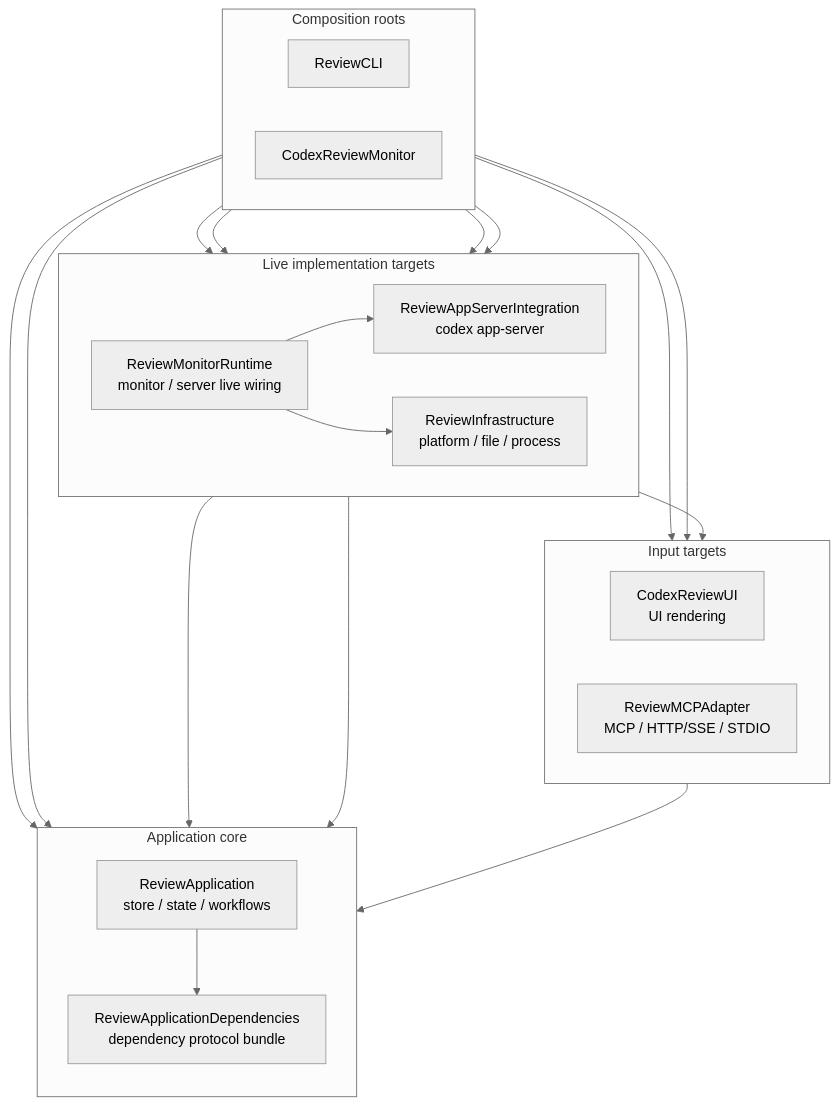
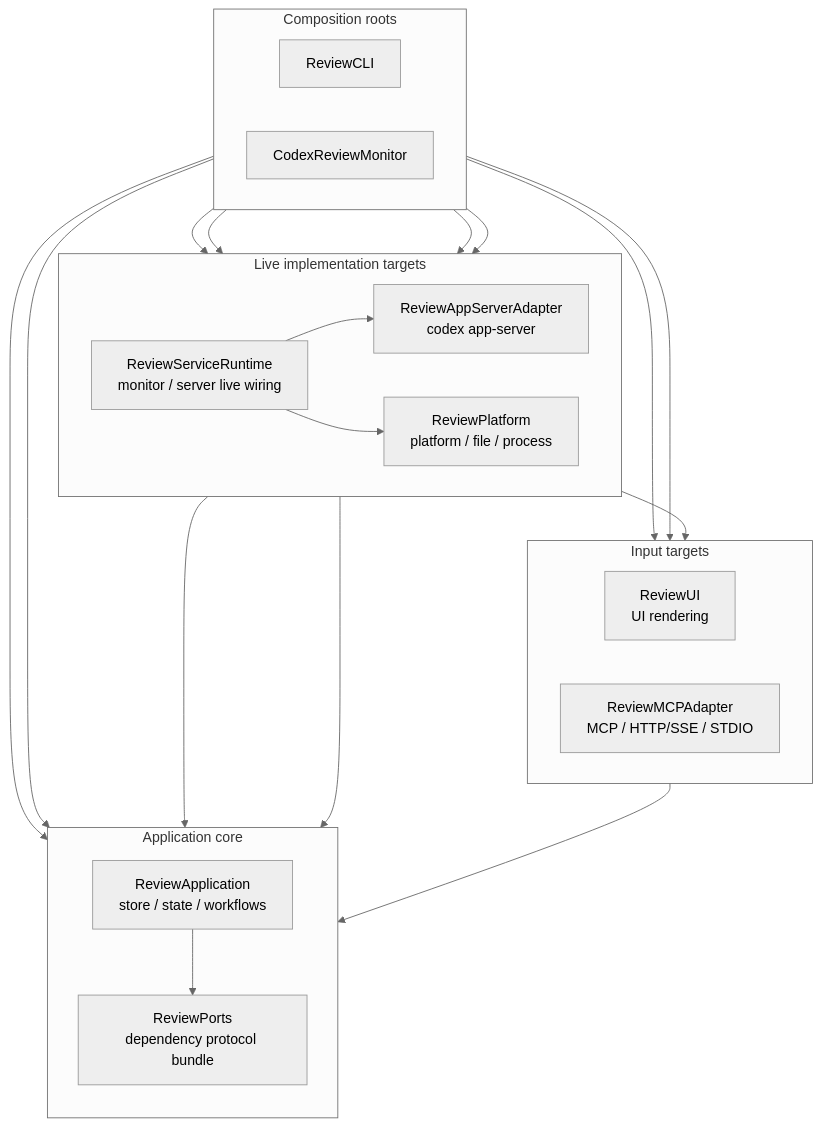
One commit to lynnswap/CodexReviewMCP changed the fifth of 8 diagrams in Docs/architecture-overview.md. Above: the diagram before and after it, drawn with Mermaid (neutral theme). The commit also changed other lines of this file and 127 other files, not shown here.

Commit message:
refactor(targets): rename architecture targets

````diff
--- a/Docs/architecture-overview.md
+++ b/Docs/architecture-overview.md
@@ -210,46 +210,46 @@
 ```mermaid
 flowchart TB
     subgraph Inputs["Input targets"]
         direction LR
-        CodexReviewUI["CodexReviewUI<br/>UI rendering"]
+        ReviewUI["ReviewUI<br/>UI rendering"]
         ReviewMCPAdapter["ReviewMCPAdapter<br/>MCP / HTTP/SSE / STDIO"]
     end
 
     subgraph AppCore["Application core"]
         direction TB
         ReviewApplication["ReviewApplication<br/>store / state / workflows"]
-        ReviewApplicationDependencies["ReviewApplicationDependencies<br/>dependency protocol bundle"]
-        ReviewApplication --> ReviewApplicationDependencies
+        ReviewPorts["ReviewPorts<br/>dependency protocol bundle"]
+        ReviewApplication --> ReviewPorts
     end
 
     subgraph Live["Live implementation targets"]
         direction LR
-        ReviewAppServerIntegration["ReviewAppServerIntegration<br/>codex app-server"]
-        ReviewInfrastructure["ReviewInfrastructure<br/>platform / file / process"]
-        ReviewMonitorRuntime["ReviewMonitorRuntime<br/>monitor / server live wiring"]
+        ReviewAppServerAdapter["ReviewAppServerAdapter<br/>codex app-server"]
+        ReviewPlatform["ReviewPlatform<br/>platform / file / process"]
+        ReviewServiceRuntime["ReviewServiceRuntime<br/>monitor / server live wiring"]
     end
 
     subgraph Roots["Composition roots"]
         direction LR
         ReviewCLI["ReviewCLI"]
         CodexReviewMonitor["CodexReviewMonitor"]
     end
 
-    CodexReviewUI --> ReviewApplication
+    ReviewUI --> ReviewApplication
 
-    ReviewAppServerIntegration --> ReviewApplicationDependencies
-    ReviewMonitorRuntime --> ReviewApplication
-    ReviewMonitorRuntime --> ReviewMCPAdapter
-    ReviewMonitorRuntime --> ReviewAppServerIntegration
-    ReviewMonitorRuntime --> ReviewInfrastructure
+    ReviewAppServerAdapter --> ReviewPorts
+    ReviewServiceRuntime --> ReviewApplication
+    ReviewServiceRuntime --> ReviewMCPAdapter
+    ReviewServiceRuntime --> ReviewAppServerAdapter
+    ReviewServiceRuntime --> ReviewPlatform
 
     ReviewCLI --> ReviewMCPAdapter
     ReviewCLI --> ReviewApplication
-    ReviewCLI --> ReviewMonitorRuntime
-    ReviewCLI --> ReviewAppServerIntegration
-    ReviewCLI --> ReviewInfrastructure
+    ReviewCLI --> ReviewServiceRuntime
+    ReviewCLI --> ReviewAppServerAdapter
+    ReviewCLI --> ReviewPlatform
 
-    CodexReviewMonitor --> CodexReviewUI
+    CodexReviewMonitor --> ReviewUI
     CodexReviewMonitor --> ReviewApplication
-    CodexReviewMonitor --> ReviewMonitorRuntime
+    CodexReviewMonitor --> ReviewServiceRuntime
 ```
````
